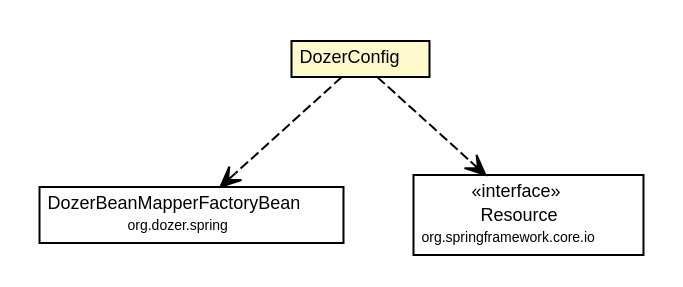
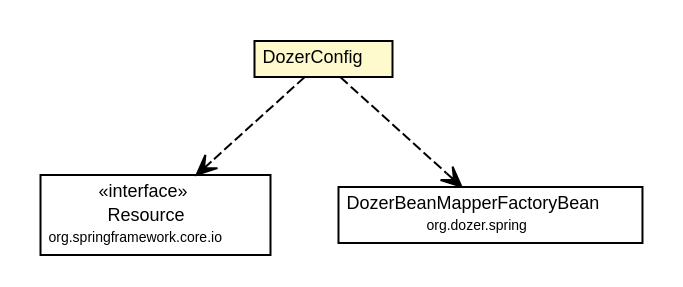
The diagram in docs/javadoc/apidocs/net/ljcomputing/sr/config/DozerConfig.dot (willmorejg/net.ljcomputing.status-reporter), drawn with Graphviz before and after one commit. The commit also changed 25 other files, not shown here.

```diff
--- a/docs/javadoc/apidocs/net/ljcomputing/sr/config/DozerConfig.dot
+++ b/docs/javadoc/apidocs/net/ljcomputing/sr/config/DozerConfig.dot
@@ -1,37 +1,37 @@
 #!/usr/local/bin/dot
 #
 # Class diagram 
 # Generated by UMLGraph version R5_6-24-gf6e263 (http://www.umlgraph.org/)
 #
 
 digraph G {
 	edge [fontname="Helvetica",fontsize=10,labelfontname="Helvetica",labelfontsize=10];
 	node [fontname="Helvetica",fontsize=10,shape=plaintext];
 	nodesep=0.25;
 	ranksep=0.5;
 	// net.ljcomputing.sr.config.DozerConfig
 	c1649 [label=<<table title="net.ljcomputing.sr.config.DozerConfig" border="0" cellborder="1" cellspacing="0" cellpadding="2" port="p" bgcolor="lemonChiffon" href="./DozerConfig.html">
 		<tr><td><table border="0" cellspacing="0" cellpadding="1">
 <tr><td align="center" balign="center"> DozerConfig </td></tr>
 		</table></td></tr>
 		</table>>, URL="./DozerConfig.html", fontname="Helvetica", fontcolor="black", fontsize=9.0];
+	// net.ljcomputing.sr.config.DozerConfig DEPEND org.springframework.core.io.Resource
+	c1649:p -> c1657:p [taillabel="", label="", headlabel="", fontname="Helvetica", fontcolor="black", fontsize=10.0, color="black", arrowhead=open, style=dashed];
 	// net.ljcomputing.sr.config.DozerConfig DEPEND org.dozer.spring.DozerBeanMapperFactoryBean
-	c1649:p -> c1665:p [taillabel="", label="", headlabel="", fontname="Helvetica", fontcolor="black", fontsize=10.0, color="black", arrowhead=open, style=dashed];
-	// net.ljcomputing.sr.config.DozerConfig DEPEND org.springframework.core.io.Resource
 	c1649:p -> c1670:p [taillabel="", label="", headlabel="", fontname="Helvetica", fontcolor="black", fontsize=10.0, color="black", arrowhead=open, style=dashed];
 	// org.springframework.core.io.Resource
-	c1670 [label=<<table title="org.springframework.core.io.Resource" border="0" cellborder="1" cellspacing="0" cellpadding="2" port="p">
+	c1657 [label=<<table title="org.springframework.core.io.Resource" border="0" cellborder="1" cellspacing="0" cellpadding="2" port="p">
 		<tr><td><table border="0" cellspacing="0" cellpadding="1">
 <tr><td align="center" balign="center"> &#171;interface&#187; </td></tr>
 <tr><td align="center" balign="center"> Resource </td></tr>
 <tr><td align="center" balign="center"><font point-size="7.0"> org.springframework.core.io </font></td></tr>
 		</table></td></tr>
 		</table>>, URL="null", fontname="Helvetica", fontcolor="black", fontsize=9.0];
 	// org.dozer.spring.DozerBeanMapperFactoryBean
-	c1665 [label=<<table title="org.dozer.spring.DozerBeanMapperFactoryBean" border="0" cellborder="1" cellspacing="0" cellpadding="2" port="p">
+	c1670 [label=<<table title="org.dozer.spring.DozerBeanMapperFactoryBean" border="0" cellborder="1" cellspacing="0" cellpadding="2" port="p">
 		<tr><td><table border="0" cellspacing="0" cellpadding="1">
 <tr><td align="center" balign="center"> DozerBeanMapperFactoryBean </td></tr>
 <tr><td align="center" balign="center"><font point-size="7.0"> org.dozer.spring </font></td></tr>
 		</table></td></tr>
 		</table>>, URL="null", fontname="Helvetica", fontcolor="black", fontsize=9.0];
 }
```
